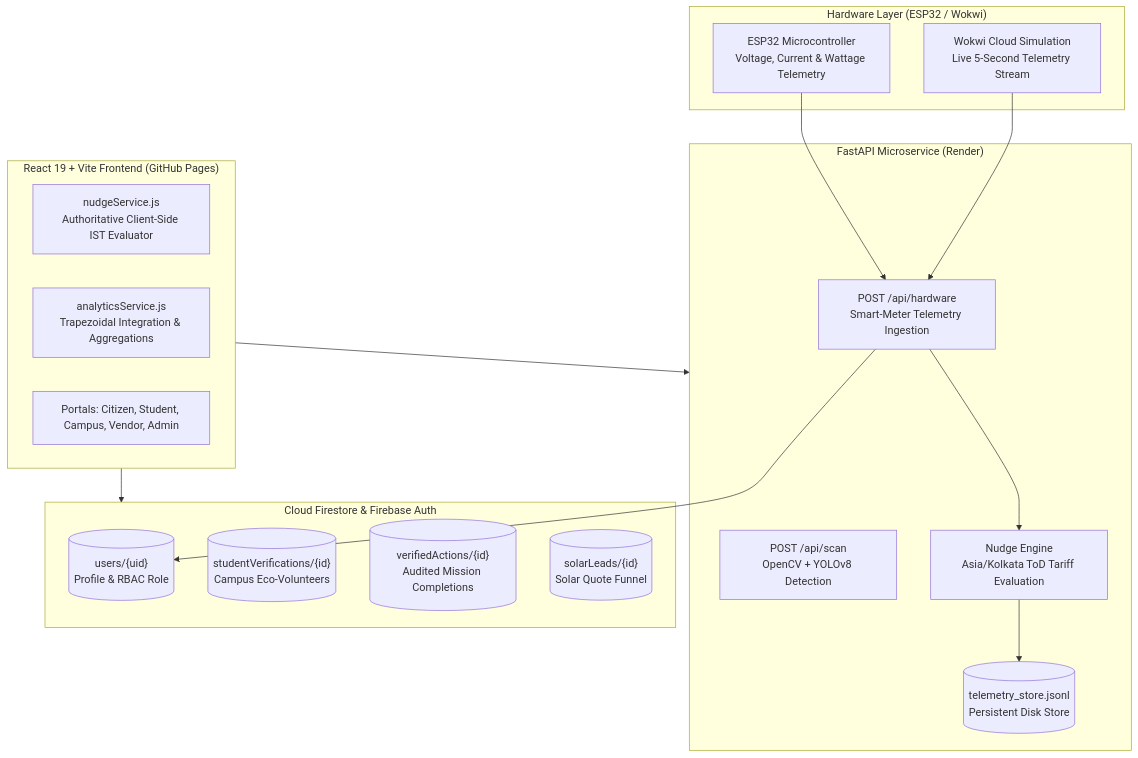
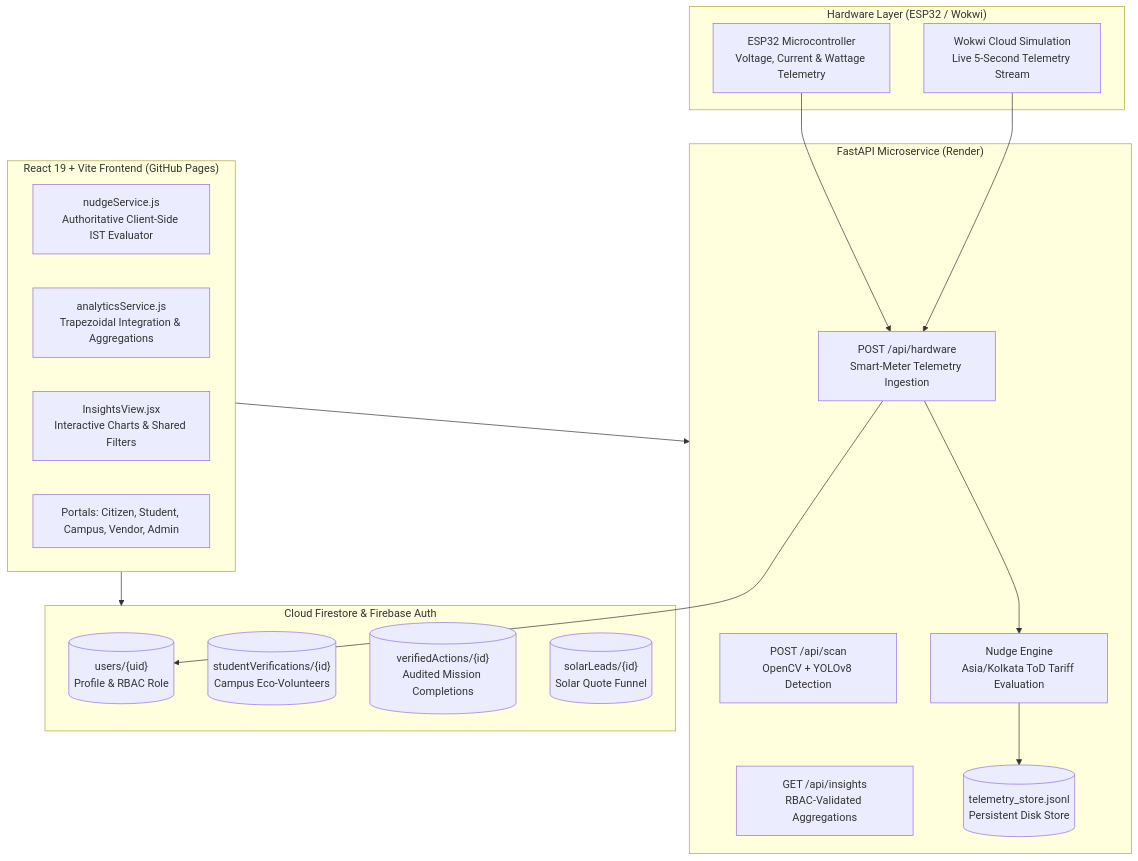
The second of 2 diagrams in README.md (pratitdedhia/Mission-LiFE), drawn with Mermaid before and after one commit. The commit also changed other lines of this file and 1 other file, not shown here.

Commit message:
docs(readme): update README with multi-role Insights engine, automatic RBAC routing, and expanded test suites

````diff
--- a/README.md
+++ b/README.md
@@ -82,35 +128,37 @@
 ```mermaid
 flowchart TD
     subgraph IoTLayer["Hardware Layer (ESP32 / Wokwi)"]
         ESP32Device["ESP32 Microcontroller\nVoltage, Current & Wattage Telemetry"]
         WokwiSimulation["Wokwi Cloud Simulation\nLive 5-Second Telemetry Stream"]
     end
 
     subgraph PythonMicroservice["FastAPI Microservice (Render)"]
         ScanEndpoint["POST /api/scan\nOpenCV + YOLOv8 Detection"]
         HardwareEndpoint["POST /api/hardware\nSmart-Meter Telemetry Ingestion"]
+        InsightsEndpoint["GET /api/insights\nRBAC-Validated Aggregations"]
         NudgeEngine["Nudge Engine\nAsia/Kolkata ToD Tariff Evaluation"]
         DurableLedger[("telemetry_store.jsonl\nPersistent Disk Store")]
     end
 
     subgraph FirebaseBaaS["Cloud Firestore & Firebase Auth"]
         UsersCol[("users/{uid}\nProfile & RBAC Role")]
         VerificationsCol[("studentVerifications/{id}\nCampus Eco-Volunteers")]
         ActionsCol[("verifiedActions/{id}\nAudited Mission Completions")]
         LeadsCol[("solarLeads/{id}\nSolar Quote Funnel")]
     end
 
     subgraph FrontendApp["React 19 + Vite Frontend (GitHub Pages)"]
         NudgeService["nudgeService.js\nAuthoritative Client-Side IST Evaluator"]
         AnalyticsService["analyticsService.js\nTrapezoidal Integration & Aggregations"]
+        InsightsView["InsightsView.jsx\nInteractive Charts & Shared Filters"]
         UI["Portals: Citizen, Student, Campus, Vendor, Admin"]
     end
 
     ESP32Device --> HardwareEndpoint
     WokwiSimulation --> HardwareEndpoint
     HardwareEndpoint --> NudgeEngine
     NudgeEngine --> DurableLedger
     HardwareEndpoint --> UsersCol
     FrontendApp --> FirebaseBaaS
     FrontendApp --> PythonMicroservice
 ```
````
